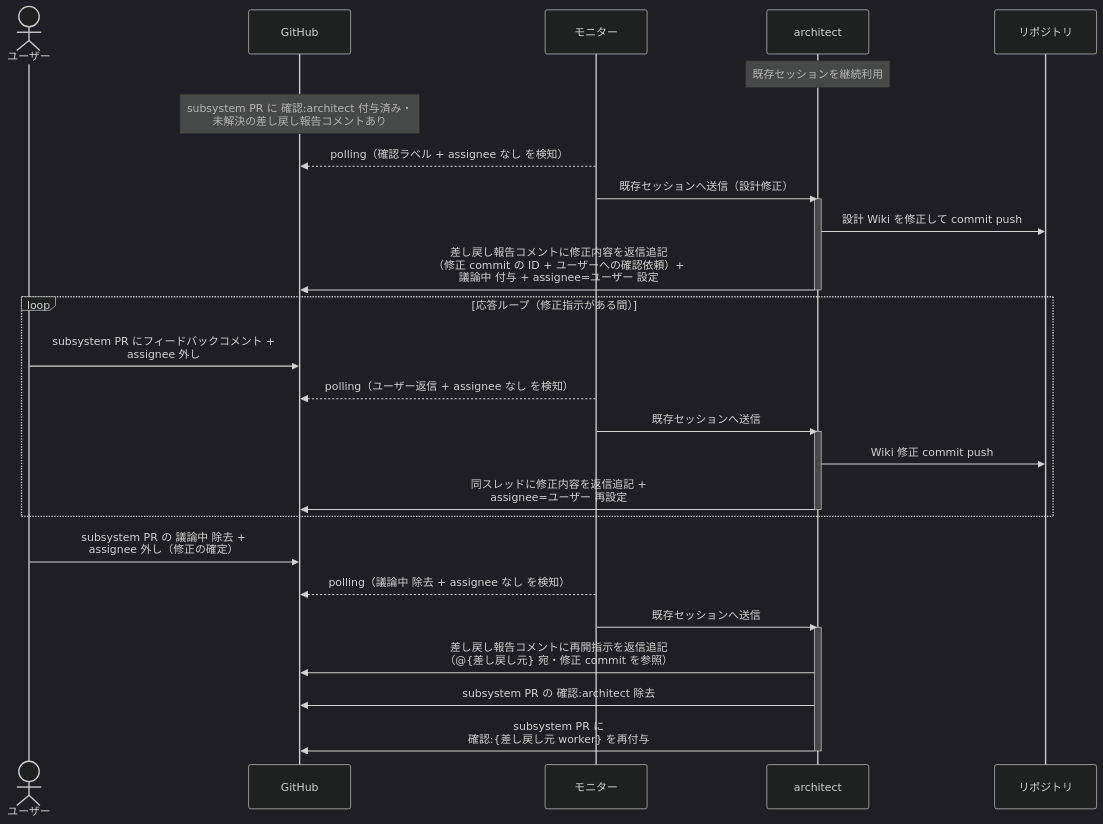
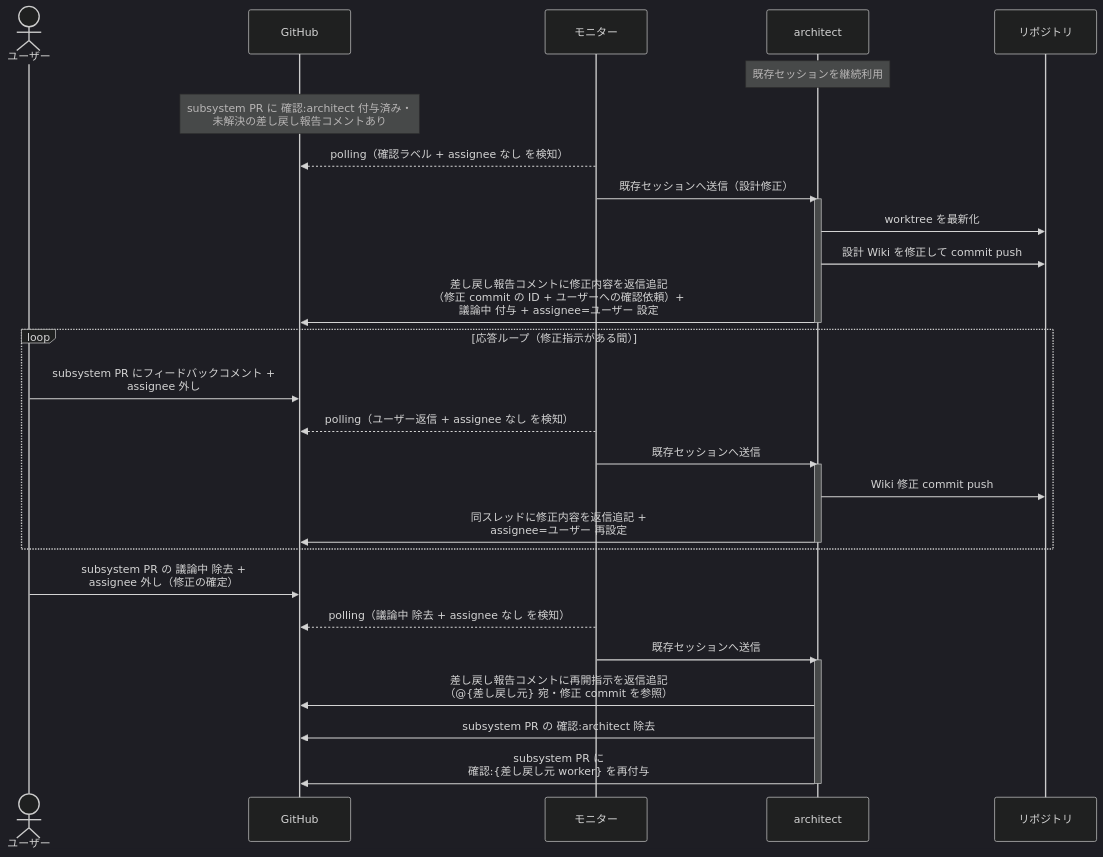
Before and after one commit to shuhei1101/ai-monitor: the fourth of 5 diagrams in docs/wiki/設計図/シナリオ/単一ユースケース/SS設計.md, drawn with Mermaid (dark theme). The commit also changed other lines of this file and 304 other files, not shown here.

````diff
--- a/docs/wiki/設計図/シナリオ/単一ユースケース/SS設計.md
+++ b/docs/wiki/設計図/シナリオ/単一ユースケース/SS設計.md
@@ -173,36 +177,37 @@
 ```mermaid
 sequenceDiagram
   actor U as ユーザー
   participant GH as GitHub
   participant ORC as モニター
   participant MON as architect
   participant REPO as リポジトリ
 
   Note over MON: 既存セッションを継続利用
   Note over GH: subsystem PR に 確認:architect 付与済み・<br>未解決の差し戻し報告コメントあり
   ORC-->>GH: polling（確認ラベル + assignee なし を検知）
   ORC->>MON: 既存セッションへ送信（設計修正）
   activate MON
+  MON->>REPO: worktree を最新化
   MON->>REPO: 設計 Wiki を修正して commit push
   MON->>GH: 差し戻し報告コメントに修正内容を返信追記<br>（修正 commit の ID + ユーザーへの確認依頼）+<br>議論中 付与 + assignee=ユーザー 設定
   deactivate MON
 
   loop 応答ループ（修正指示がある間）
     U->>GH: subsystem PR にフィードバックコメント +<br>assignee 外し
     ORC-->>GH: polling（ユーザー返信 + assignee なし を検知）
     ORC->>MON: 既存セッションへ送信
     activate MON
     MON->>REPO: Wiki 修正 commit push
     MON->>GH: 同スレッドに修正内容を返信追記 +<br>assignee=ユーザー 再設定
     deactivate MON
   end
 
   U->>GH: subsystem PR の 議論中 除去 +<br>assignee 外し（修正の確定）
   ORC-->>GH: polling（議論中 除去 + assignee なし を検知）
   ORC->>MON: 既存セッションへ送信
   activate MON
   MON->>GH: 差し戻し報告コメントに再開指示を返信追記<br>（@{差し戻し元} 宛・修正 commit を参照）
   MON->>GH: subsystem PR の 確認:architect 除去
   MON->>GH: subsystem PR に<br>確認:{差し戻し元 worker} を再付与
   deactivate MON
 ```
````
